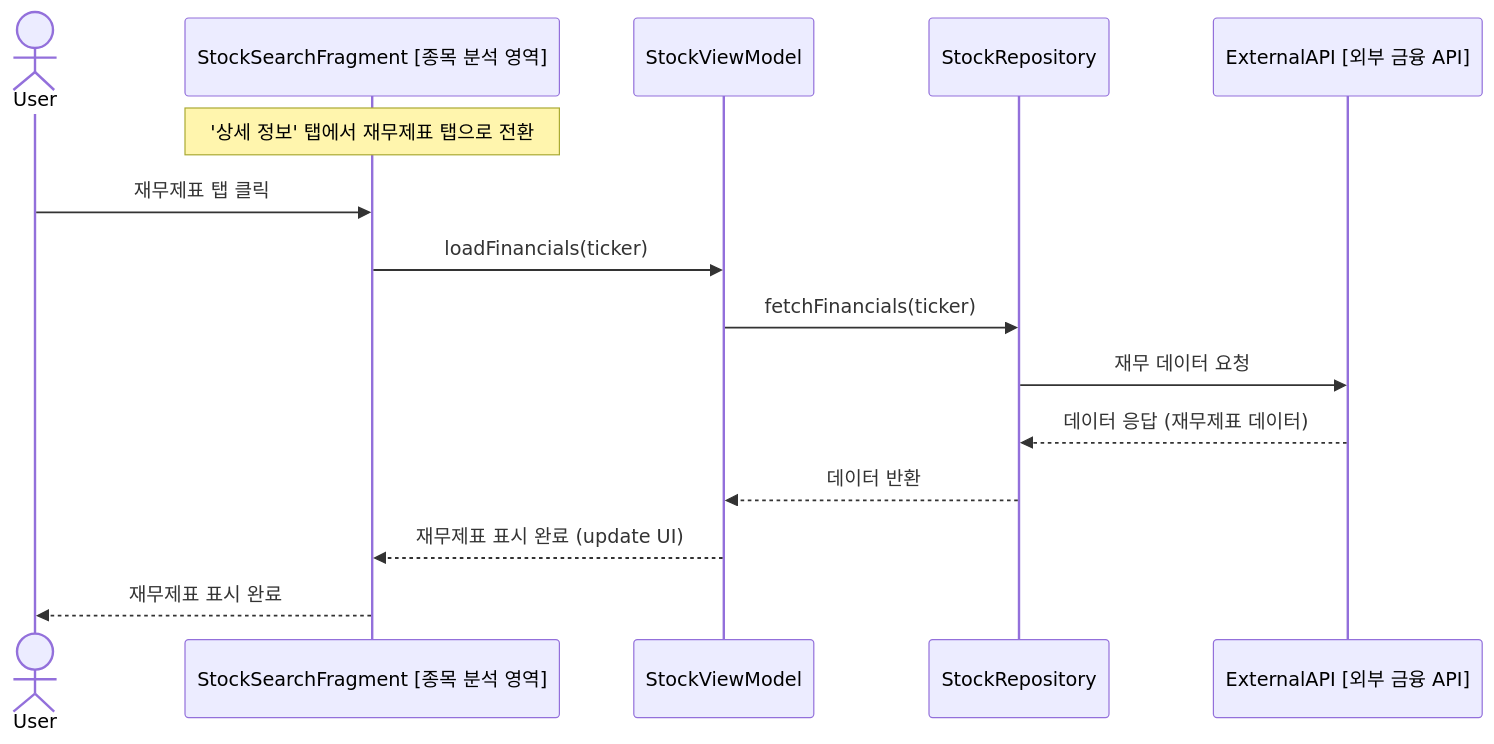
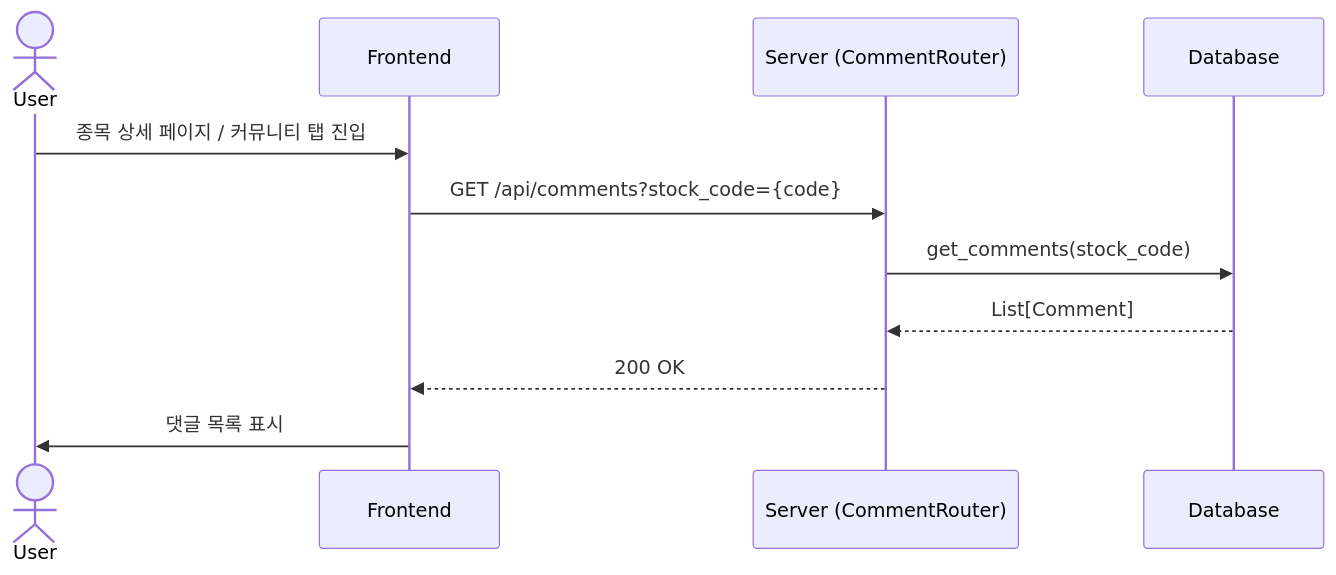
Diagram 12 of 14 in 문서/SDS/SDS_[Alphabot]_4_SequenceDiagram.md (YU-SoftwareEng/AlphaBot), drawn with Mermaid before and after one commit. The commit also changed other lines of this file and 4 other files, not shown here.

````diff
--- a/문서/SDS/SDS_[Alphabot]_4_SequenceDiagram.md
+++ b/문서/SDS/SDS_[Alphabot]_4_SequenceDiagram.md
@@ -319,18 +273,14 @@
 ```mermaid
 sequenceDiagram
     actor User
-    participant StockSearchFragment as StockSearchFragment [종목 분석 영역]
-    participant StockViewModel
-    participant StockRepository
-    participant ExternalAPI as ExternalAPI [외부 금융 API]
+    participant Frontend
+    participant Server (CommentRouter)
+    participant Database
 
-    Note over StockSearchFragment: '상세 정보' 탭에서 재무제표 탭으로 전환
-    User->>StockSearchFragment: 재무제표 탭 클릭
-    StockSearchFragment->>StockViewModel: loadFinancials(ticker)
-    StockViewModel->>StockRepository: fetchFinancials(ticker)
-    StockRepository->>ExternalAPI: 재무 데이터 요청
-    ExternalAPI-->>StockRepository: 데이터 응답 (재무제표 데이터)
-    StockRepository-->>StockViewModel: 데이터 반환
-    StockViewModel-->>StockSearchFragment: 재무제표 표시 완료 (update UI)
-    StockSearchFragment-->>User: 재무제표 표시 완료
+    User->>Frontend: 종목 상세 페이지 / 커뮤니티 탭 진입
+    Frontend->>Server (CommentRouter): GET /api/comments?stock_code={code}
+    Server (CommentRouter)->>Database: get_comments(stock_code)
+    Database-->>Server (CommentRouter): List[Comment]
+    Server (CommentRouter)-->>Frontend: 200 OK
+    Frontend->>User: 댓글 목록 표시
 ```
````
